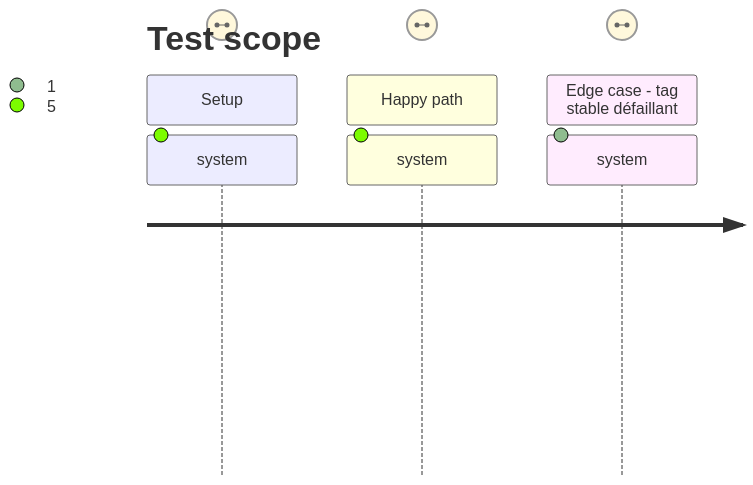
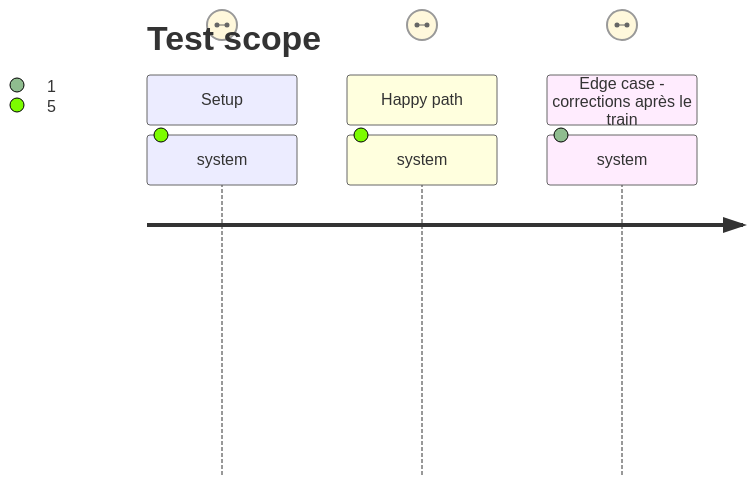
The second of 2 diagrams in aidd_docs/tasks/2026_09/2026_09_23_open-issues-remediation/phase-3.md (RebelliousSmile/schema-adrenaline), drawn with Mermaid before and after one commit. The commit also changed other lines of this file and 1 other file, not shown here.

Commit message:
fix(release): accept matching ancestor train [skip ci]

````diff
--- a/aidd_docs/tasks/2026_09/2026_09_23_open-issues-remediation/phase-3.md
+++ b/aidd_docs/tasks/2026_09/2026_09_23_open-issues-remediation/phase-3.md
@@ -36,12 +35,12 @@
 ```mermaid
 ---
 title: Test scope
 ---
 journey
   section Setup
     system: publier une candidate avec manifeste et commits immuables => train prêt à être asserté: 5: system
   section Happy path
     system: exécuter le workflow de train puis le tag final => deux preuves et une release digest-identique sont publiés: 5: system
-  section Edge case - tag stable défaillant
-    system: corriger le workflow sans créer d'asset puis recréer le tag autorisé => la promotion reprend depuis l'archive candidate inchangée: 1: system
+  section Edge case - corrections après le train
+    system: comparer le manifeste du train ancêtre avec celui du tag => une correction de workflow seule ne retire pas l'approbation: 1: system
 ```
````
